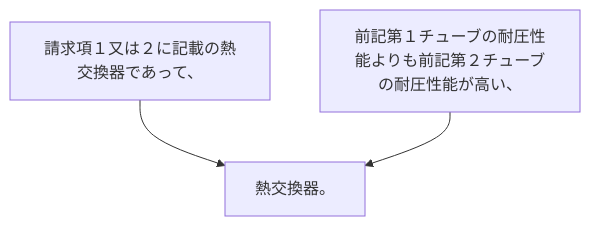
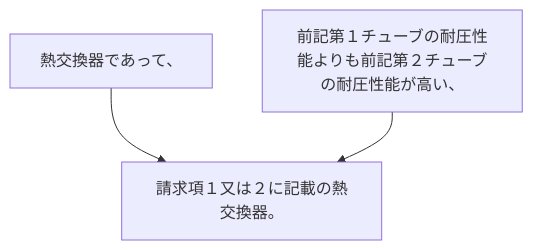
Before and after one commit to shinmori55/patent_analyzed: the diagram in 2024/JP2024007944A/claim_4/README.md, drawn with Mermaid. The commit also changed 9 other files, not shown here.

````diff
--- a/2024/JP2024007944A/claim_4/README.md
+++ b/2024/JP2024007944A/claim_4/README.md
@@ -3,8 +3,8 @@
 ```mermaid
 flowchart TD
-A[請求項１又は２に記載の熱交換器であって、]
+A[熱交換器であって、]
 B[前記第１チューブの耐圧性能よりも前記第２チューブの耐圧性能が高い、]
-C[熱交換器。]
+C[請求項１又は２に記載の熱交換器。]
 A --> C
 B --> C
 ```
````
